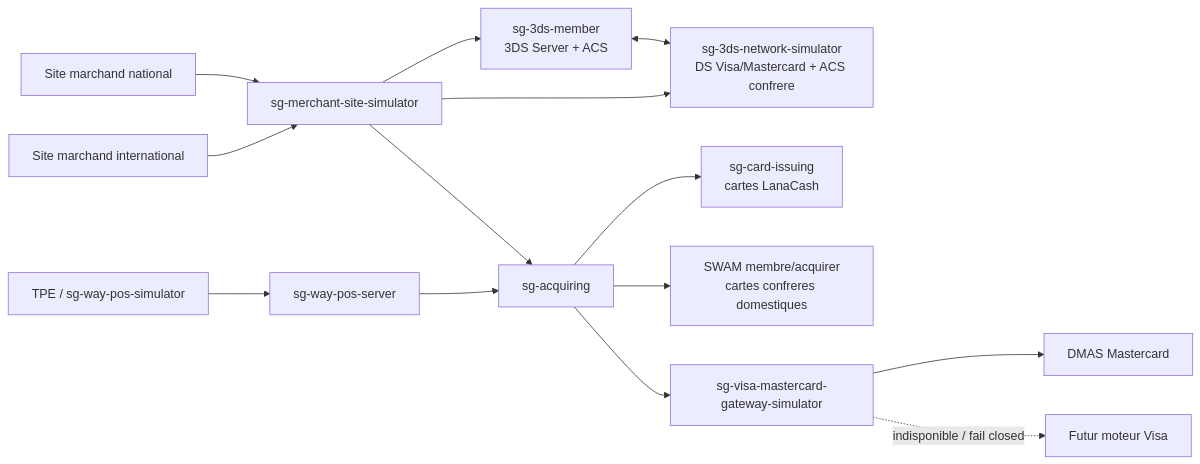
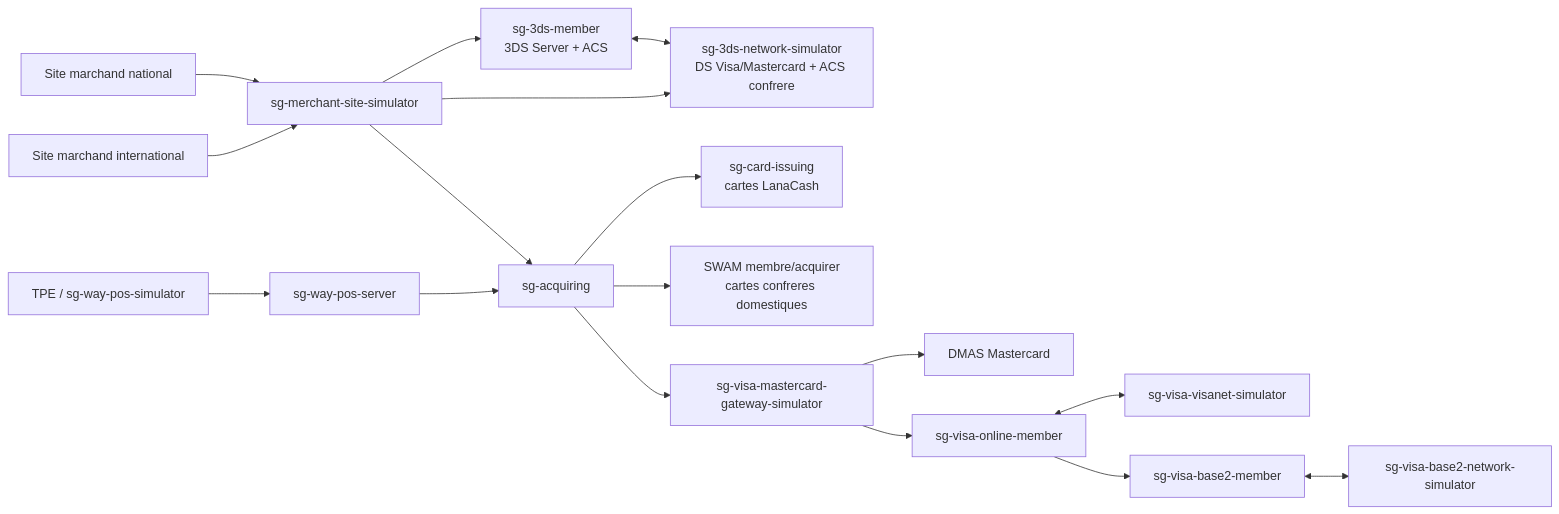
The first of 3 diagrams in documents/design/platform/ARCHITECTURE_PLATEFORME_MONETIQUE_V1.md (ouadieelhadj/ScenarioGenerator), drawn with Mermaid before and after one commit. The commit also changed other lines of this file and 75 other files, not shown here.

Commit message:
feat(visa): add online authorization and base ii sandbox

````diff
--- a/documents/design/platform/ARCHITECTURE_PLATEFORME_MONETIQUE_V1.md
+++ b/documents/design/platform/ARCHITECTURE_PLATEFORME_MONETIQUE_V1.md
@@ -15,18 +15,21 @@
 ```mermaid
 flowchart LR
     TPE["TPE / sg-way-pos-simulator"] --> POS["sg-way-pos-server"]
     NAT["Site marchand national"] --> MS["sg-merchant-site-simulator"]
     INT["Site marchand international"] --> MS
 
     MS --> M3["sg-3ds-member<br/>3DS Server + ACS"]
     MS --> N3["sg-3ds-network-simulator<br/>DS Visa/Mastercard + ACS confrere"]
     M3 <--> N3
 
     POS --> ACQ["sg-acquiring"]
     MS --> ACQ
     ACQ --> ISS["sg-card-issuing<br/>cartes LanaCash"]
     ACQ --> SWAM["SWAM membre/acquirer<br/>cartes confreres domestiques"]
     ACQ --> GW["sg-visa-mastercard-gateway-simulator"]
     GW --> DMAS["DMAS Mastercard"]
-    GW -. "indisponible / fail closed" .-> VISA["Futur moteur Visa"]
+    GW --> VO["sg-visa-online-member"]
+    VO <--> VN["sg-visa-visanet-simulator"]
+    VO --> B2["sg-visa-base2-member"]
+    B2 <--> B2N["sg-visa-base2-network-simulator"]
 ```
````
